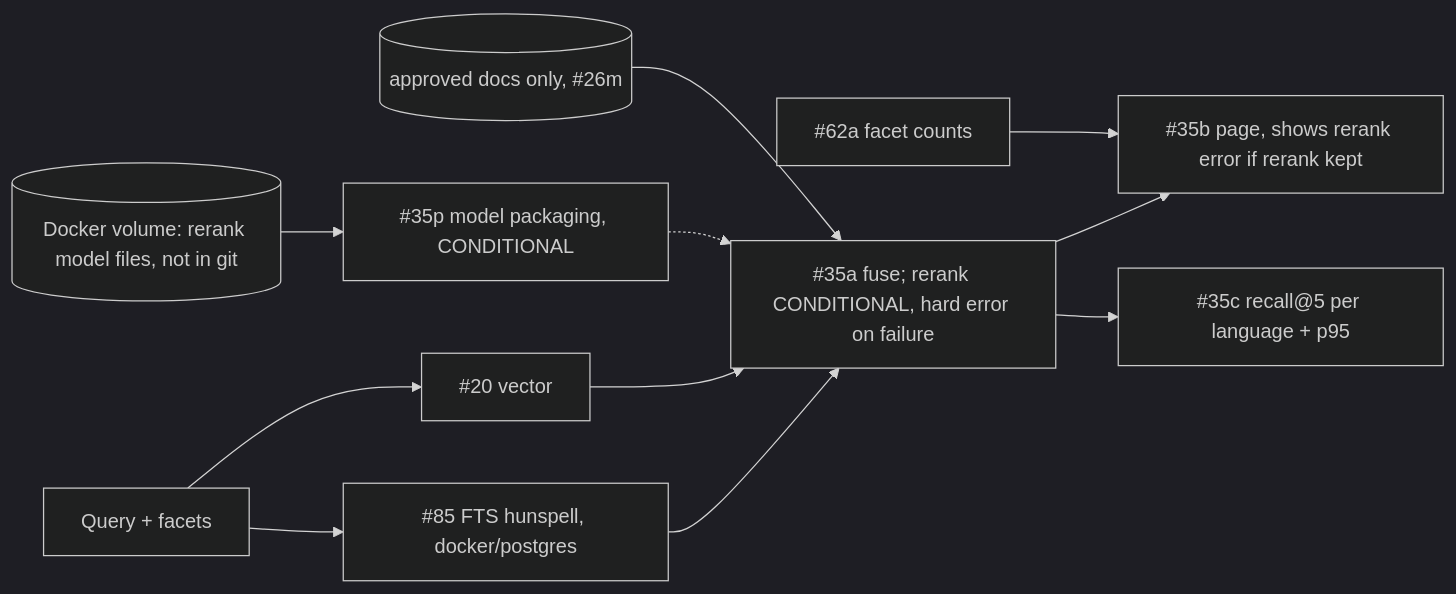
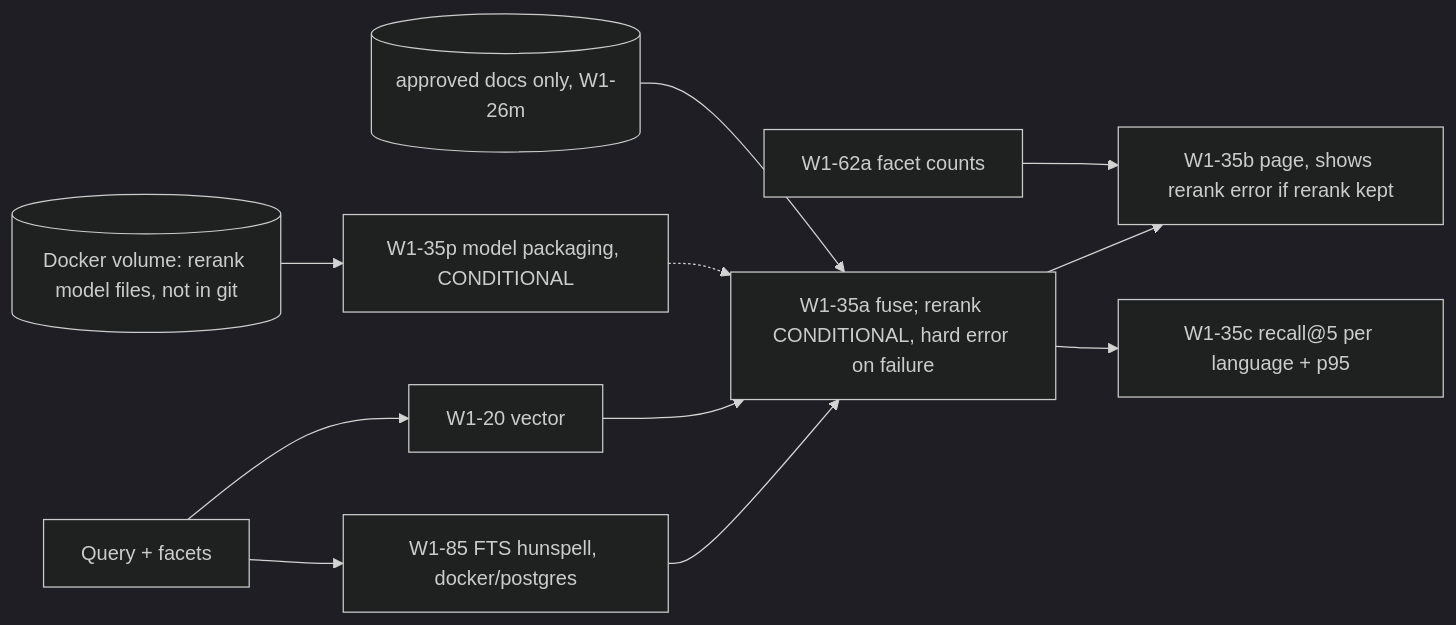
One commit to Stihotvor/law_by_ai changed the sixth of 9 diagrams in docs/design/wave1-mvp/dag.md. Above: the diagram before and after it, drawn with Mermaid (dark theme). The commit also changed other lines of this file and 15 other files, not shown here.

````diff
--- a/docs/design/wave1-mvp/dag.md
+++ b/docs/design/wave1-mvp/dag.md
@@ -200,11 +200,11 @@
 ```mermaid
 graph LR
-  Qr[Query + facets] --> F[#85 FTS hunspell, docker/postgres] --> Fu[#35a fuse; rerank CONDITIONAL, hard error on failure]
-  Qr --> V[#20 vector] --> Fu
-  PK[#35p model packaging, CONDITIONAL] -.-> Fu
+  Qr[Query + facets] --> F[W1-85 FTS hunspell, docker/postgres] --> Fu[W1-35a fuse; rerank CONDITIONAL, hard error on failure]
+  Qr --> V[W1-20 vector] --> Fu
+  PK[W1-35p model packaging, CONDITIONAL] -.-> Fu
   MV[(Docker volume: rerank model files, not in git)] --> PK
-  AP[(approved docs only, #26m)] --> Fu
-  Fu --> UI[#35b page, shows rerank error if rerank kept]
-  Fu --> EVS[#35c recall@5 per language + p95]
-  FC[#62a facet counts] --> UI
+  AP[(approved docs only, W1-26m)] --> Fu
+  Fu --> UI[W1-35b page, shows rerank error if rerank kept]
+  Fu --> EVS[W1-35c recall@5 per language + p95]
+  FC[W1-62a facet counts] --> UI
 ```
````
